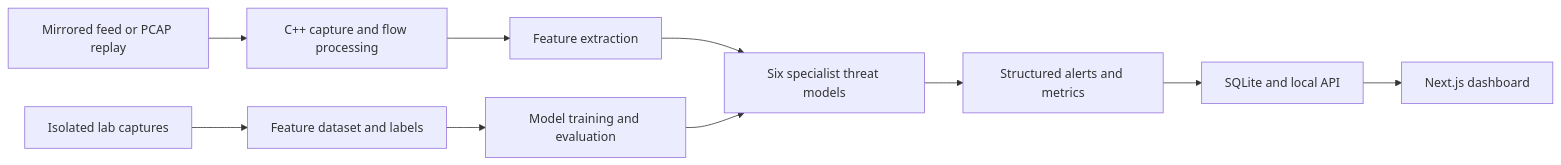
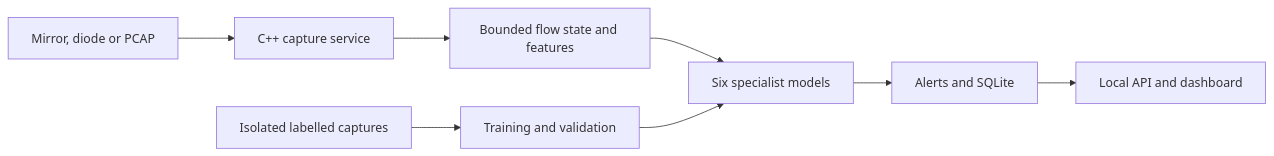
One commit to iishwar/sih_2026 changed the diagram in README.md. Above: the diagram before and after it, drawn with Mermaid. The commit also changed other lines of this file, not shown here.

````diff
--- a/README.md
+++ b/README.md
@@ -40,12 +29,10 @@
 ```mermaid
 flowchart LR
-    A["Mirrored feed or PCAP replay"] --> B["C++ capture and flow processing"]
-    B --> C["Feature extraction"]
-    C --> D["Six specialist threat models"]
-    D --> E["Structured alerts and metrics"]
-    E --> F["SQLite and local API"]
-    F --> G["Next.js dashboard"]
-    H["Isolated lab captures"] --> I["Feature dataset and labels"]
-    I --> J["Model training and evaluation"]
-    J --> D
+    A["Mirror, diode or PCAP"] --> B["C++ capture service"]
+    B --> C["Bounded flow state and features"]
+    C --> D["Six specialist models"]
+    D --> E["Alerts and SQLite"]
+    E --> F["Local API and dashboard"]
+    G["Isolated labelled captures"] --> H["Training and validation"]
+    H --> D
 ```
````
